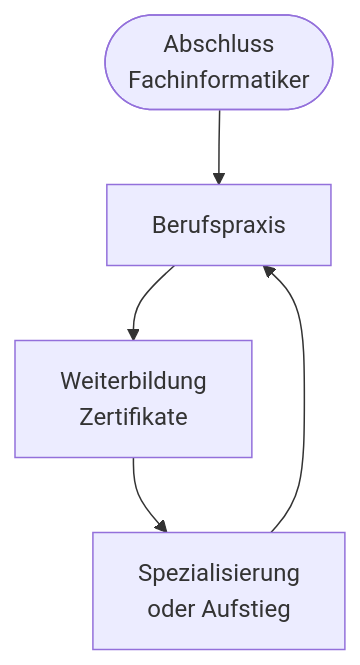
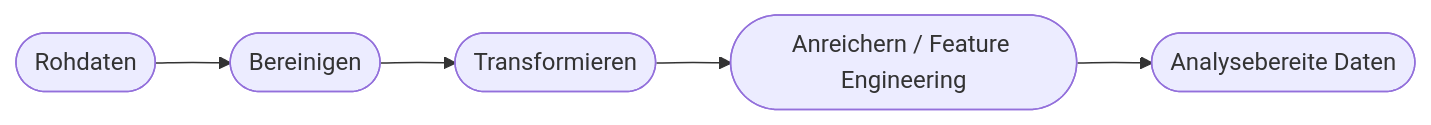
Before and after one commit to Qualidy/Prompt-Engineering-KI-in-der-Arbeitswelt: the diagram in docs/content/kapitel10.md, drawn with Mermaid. The commit also changed other lines of this file and 259 other files, not shown here.

````diff
--- a/docs/content/kapitel10.md
+++ b/docs/content/kapitel10.md
@@ -45,7 +24,7 @@
 ```mermaid
-flowchart TD
-    A([Abschluss\nFachinformatiker]) --> B[Berufspraxis]
-    B --> C[Weiterbildung\nZertifikate]
-    C --> D[Spezialisierung\noder Aufstieg]
-    D --> B
+flowchart LR
+    A([Rohdaten]) --> B([Bereinigen])
+    B --> C([Transformieren])
+    C --> D([Anreichern / Feature Engineering])
+    D --> E([Analysebereite Daten])
 ```
````
